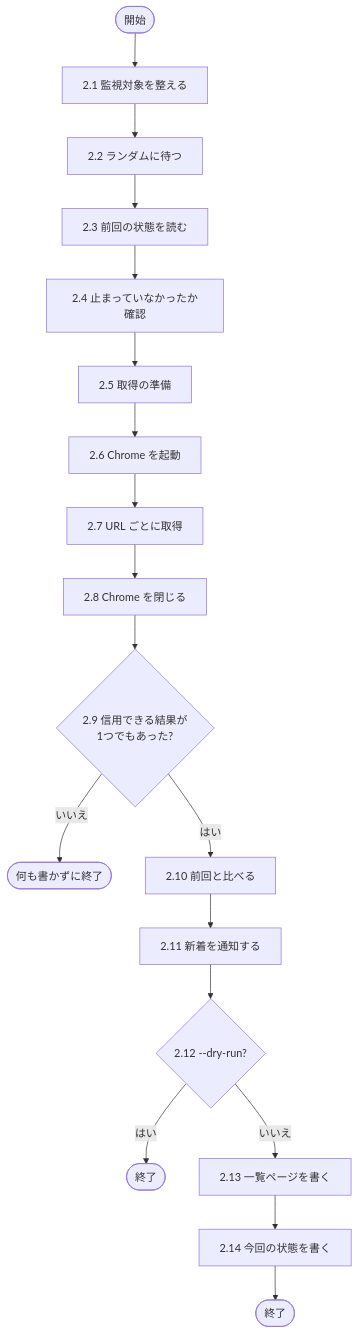
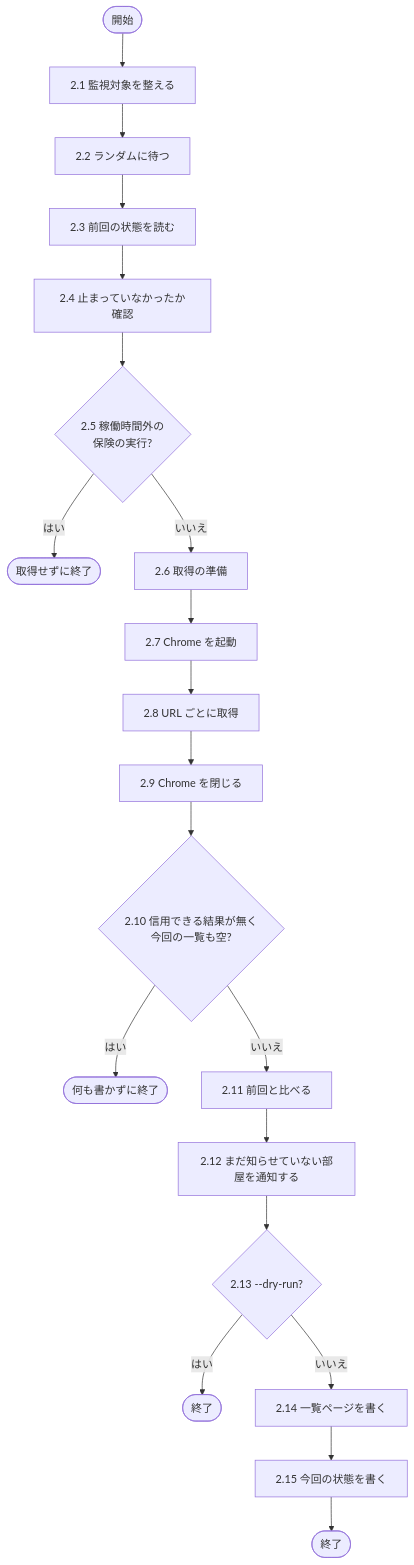
Before and after one commit to tama-create/ur-monitor: the first of 2 diagrams in FLOW.md, drawn with Mermaid. The commit also changed other lines of this file and 8 other files, not shown here.

````diff
--- a/FLOW.md
+++ b/FLOW.md
@@ -32,20 +32,22 @@
 ```mermaid
 flowchart TD
     A([開始]) --> B["2.1 監視対象を整える"]
     B --> C["2.2 ランダムに待つ"]
     C --> D["2.3 前回の状態を読む"]
     D --> E["2.4 止まっていなかったか確認"]
-    E --> F["2.5 取得の準備"]
-    F --> G["2.6 Chrome を起動"]
-    G --> H["2.7 URL ごとに取得"]
-    H --> I["2.8 Chrome を閉じる"]
-    I --> J{"2.9 信用できる結果が<br>1つでもあった?"}
-    J -- いいえ --> Y([何も書かずに終了])
-    J -- はい --> K["2.10 前回と比べる"]
-    K --> L["2.11 新着を通知する"]
-    L --> M{"2.12 --dry-run?"}
+    E --> X{"2.5 稼働時間外の<br>保険の実行?"}
+    X -- はい --> Y0([取得せずに終了])
+    X -- いいえ --> F["2.6 取得の準備"]
+    F --> G["2.7 Chrome を起動"]
+    G --> H["2.8 URL ごとに取得"]
+    H --> I["2.9 Chrome を閉じる"]
+    I --> J{"2.10 信用できる結果が無く<br>今回の一覧も空?"}
+    J -- はい --> Y([何も書かずに終了])
+    J -- いいえ --> K["2.11 前回と比べる"]
+    K --> L["2.12 まだ知らせていない部屋を通知する"]
+    L --> M{"2.13 --dry-run?"}
     M -- はい --> Z([終了])
-    M -- いいえ --> N["2.13 一覧ページを書く"]
-    N --> O["2.14 今回の状態を書く"]
+    M -- いいえ --> N["2.14 一覧ページを書く"]
+    N --> O["2.15 今回の状態を書く"]
     O --> Z2([終了])
 ```
````
